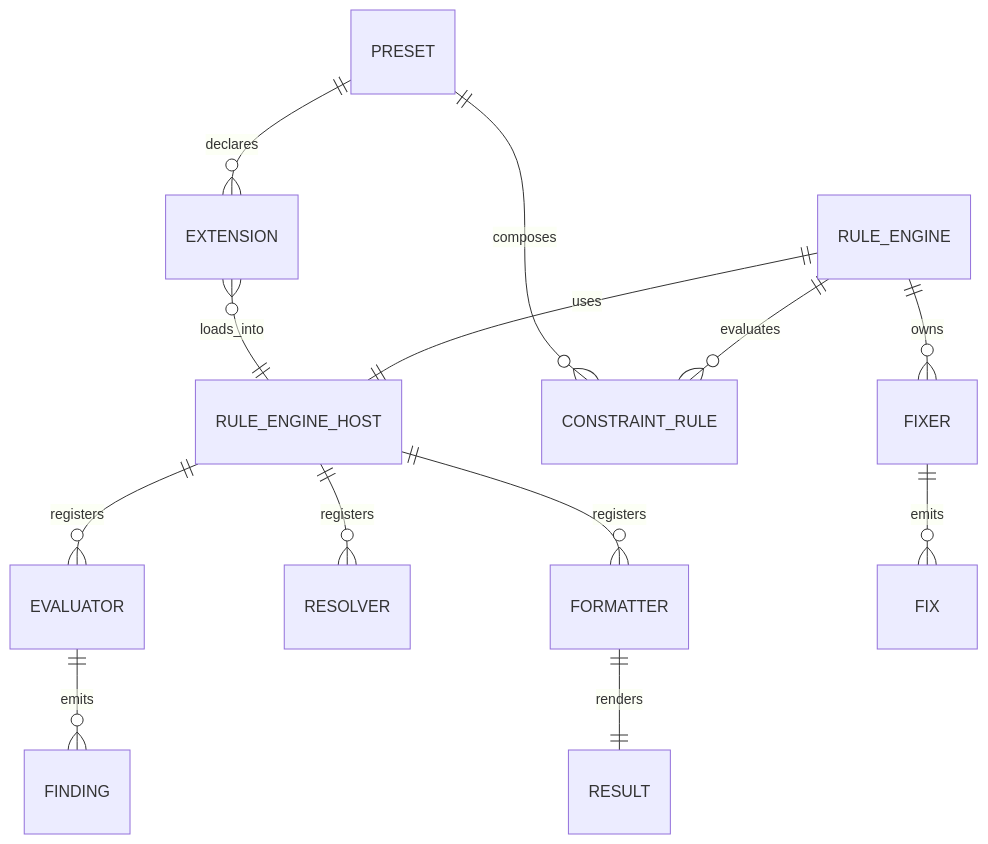
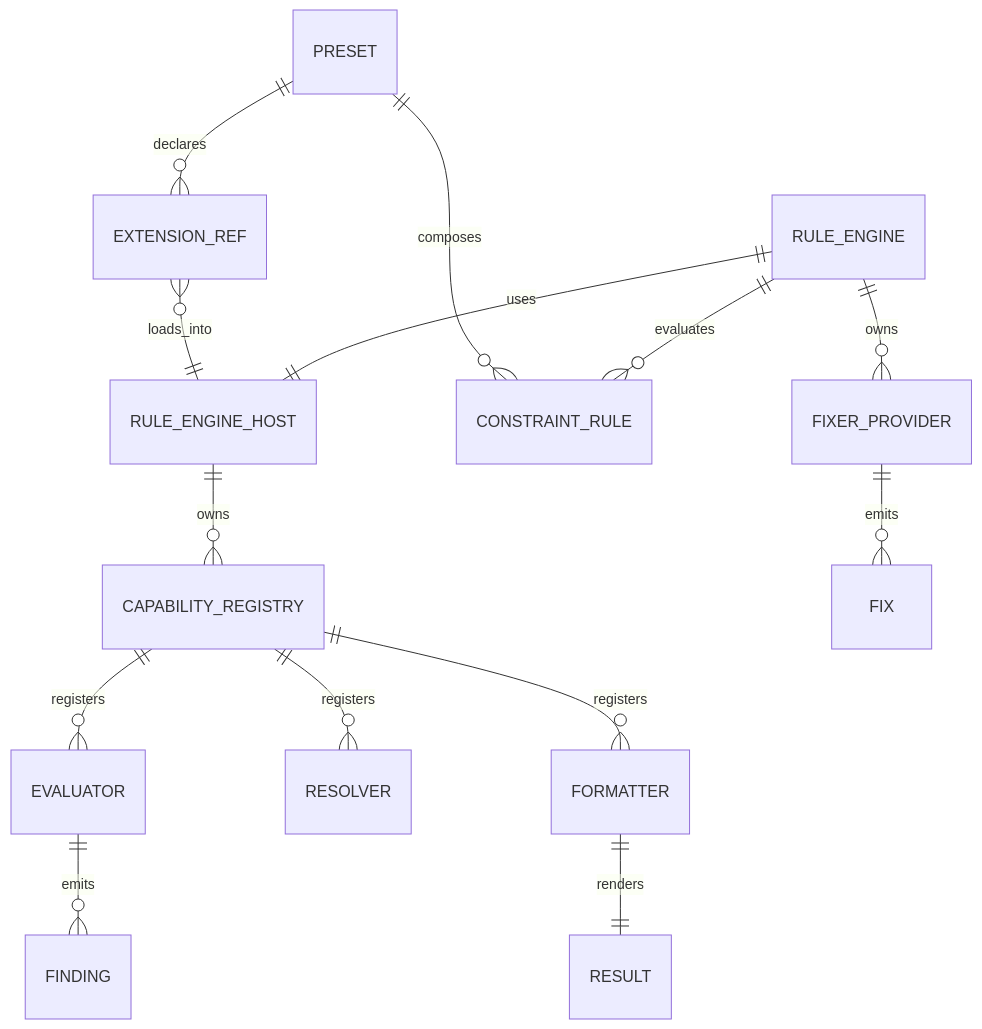
Before and after one commit to gobing-ai/ts-libs: the first of 3 diagrams in packages/rule-engine/README.md, drawn with Mermaid. The commit also changed other lines of this file, not shown here.

Commit message:
refactor(rule-engine): consolidate evaluator config helpers and test-resolver fallback

````diff
--- a/packages/rule-engine/README.md
+++ b/packages/rule-engine/README.md
@@ -17,15 +15,16 @@
 ```mermaid
 erDiagram
     RULE_ENGINE ||--|| RULE_ENGINE_HOST : uses
+    RULE_ENGINE_HOST ||--o{ CAPABILITY_REGISTRY : owns
+    CAPABILITY_REGISTRY ||--o{ EVALUATOR : registers
+    CAPABILITY_REGISTRY ||--o{ RESOLVER : registers
+    CAPABILITY_REGISTRY ||--o{ FORMATTER : registers
     RULE_ENGINE ||--o{ CONSTRAINT_RULE : evaluates
-    RULE_ENGINE_HOST ||--o{ EVALUATOR : registers
-    RULE_ENGINE_HOST ||--o{ RESOLVER : registers
-    RULE_ENGINE_HOST ||--o{ FORMATTER : registers
-    RULE_ENGINE ||--o{ FIXER : owns
+    RULE_ENGINE ||--o{ FIXER_PROVIDER : owns
     PRESET ||--o{ CONSTRAINT_RULE : composes
-    PRESET ||--o{ EXTENSION : declares
-    EXTENSION }o--|| RULE_ENGINE_HOST : loads_into
+    PRESET ||--o{ EXTENSION_REF : declares
+    EXTENSION_REF }o--|| RULE_ENGINE_HOST : loads_into
     EVALUATOR ||--o{ FINDING : emits
-    FIXER ||--o{ FIX : emits
+    FIXER_PROVIDER ||--o{ FIX : emits
     FORMATTER ||--|| RESULT : renders
 ```
````
